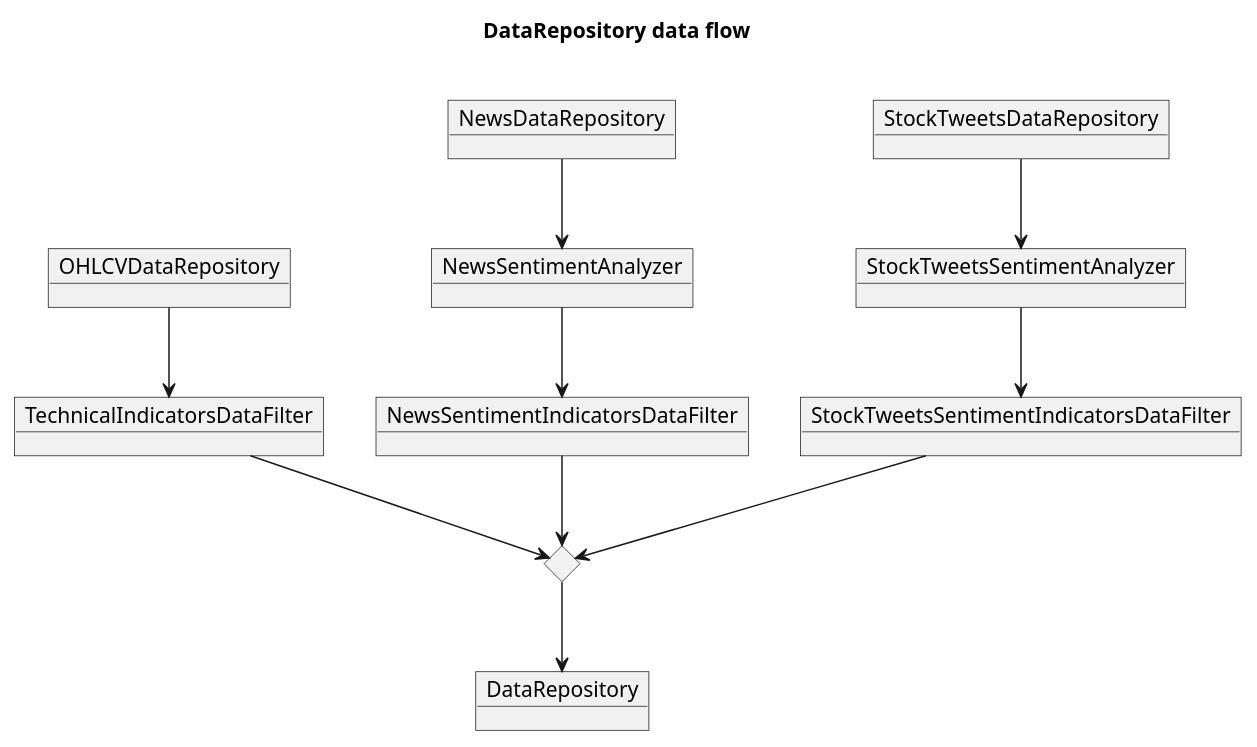
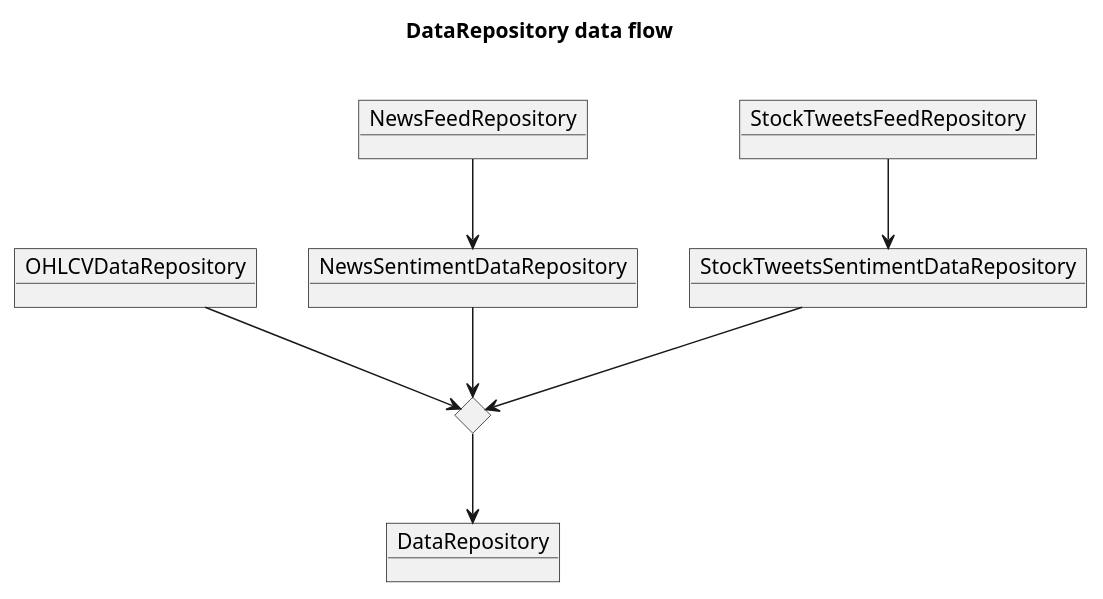
One commit to lomagno2003/deep-reinforcement-learning-trader changed the diagram in docs/data-provider-colaboration.puml. Above: the diagram before and after it, drawn with PlantUML. The commit also changed 8 other files, not shown here.

Commit message:
feat: Implement NewsFeedRepository. feat: Implement SentimentDataRepository

```diff
--- a/docs/data-provider-colaboration.puml
+++ b/docs/data-provider-colaboration.puml
@@ -1,33 +1,27 @@
 @startuml
 'https://plantuml.com/class-diagram
 title
 DataRepository data flow
 
 end title
 
 object DataRepository
 object OHLCVDataRepository
-object TechnicalIndicatorsDataFilter
-object NewsDataRepository
-object NewsSentimentAnalyzer
-object NewsSentimentIndicatorsDataFilter
-object StockTweetsDataRepository
-object StockTweetsSentimentAnalyzer
-object StockTweetsSentimentIndicatorsDataFilter
+object NewsFeedRepository
+object NewsSentimentDataRepository
+object StockTweetsFeedRepository
+object StockTweetsSentimentDataRepository
 diamond mergeData
 
 
-OHLCVDataRepository --> TechnicalIndicatorsDataFilter
-TechnicalIndicatorsDataFilter --> mergeData
+OHLCVDataRepository --> mergeData
 
-NewsDataRepository --> NewsSentimentAnalyzer
-NewsSentimentAnalyzer --> NewsSentimentIndicatorsDataFilter
-NewsSentimentIndicatorsDataFilter --> mergeData
+NewsFeedRepository --> NewsSentimentDataRepository
+NewsSentimentDataRepository --> mergeData
 
-StockTweetsDataRepository --> StockTweetsSentimentAnalyzer
-StockTweetsSentimentAnalyzer --> StockTweetsSentimentIndicatorsDataFilter
-StockTweetsSentimentIndicatorsDataFilter --> mergeData
+StockTweetsFeedRepository --> StockTweetsSentimentDataRepository
+StockTweetsSentimentDataRepository --> mergeData
 
 mergeData --> DataRepository
 
 @enduml
```
